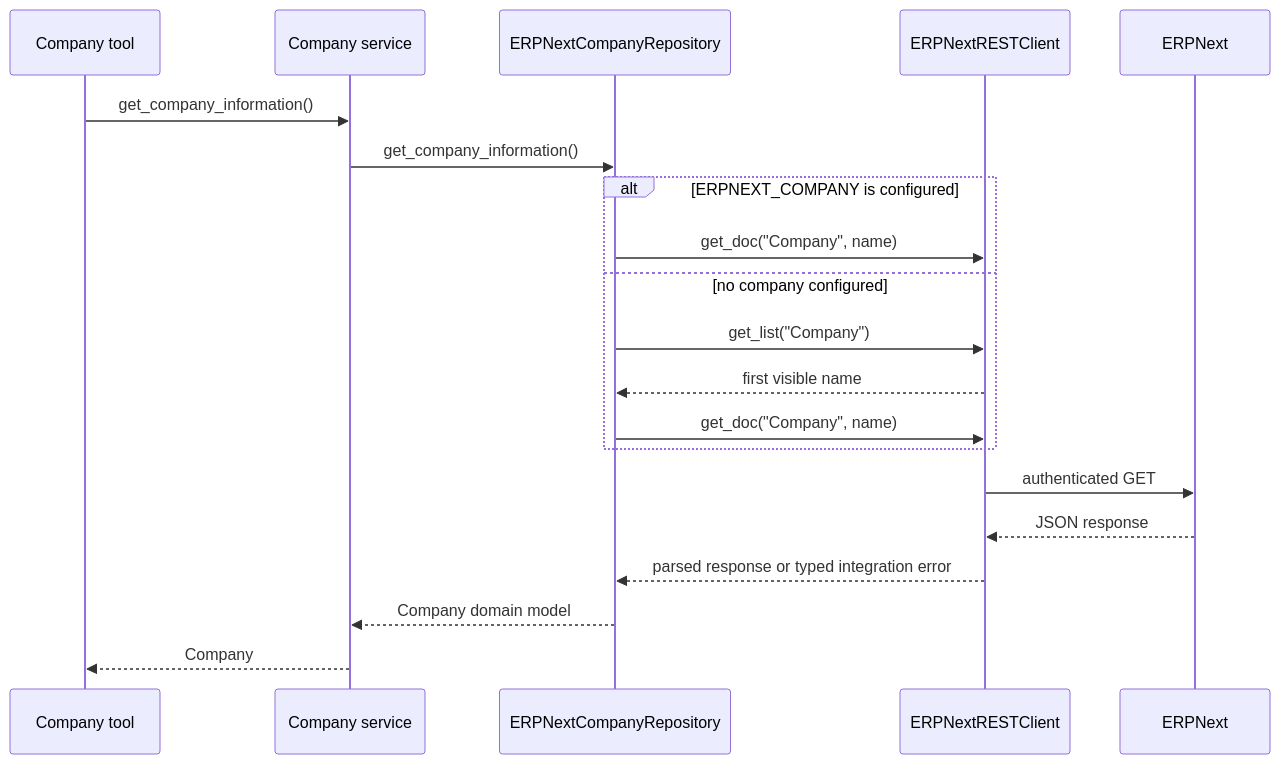
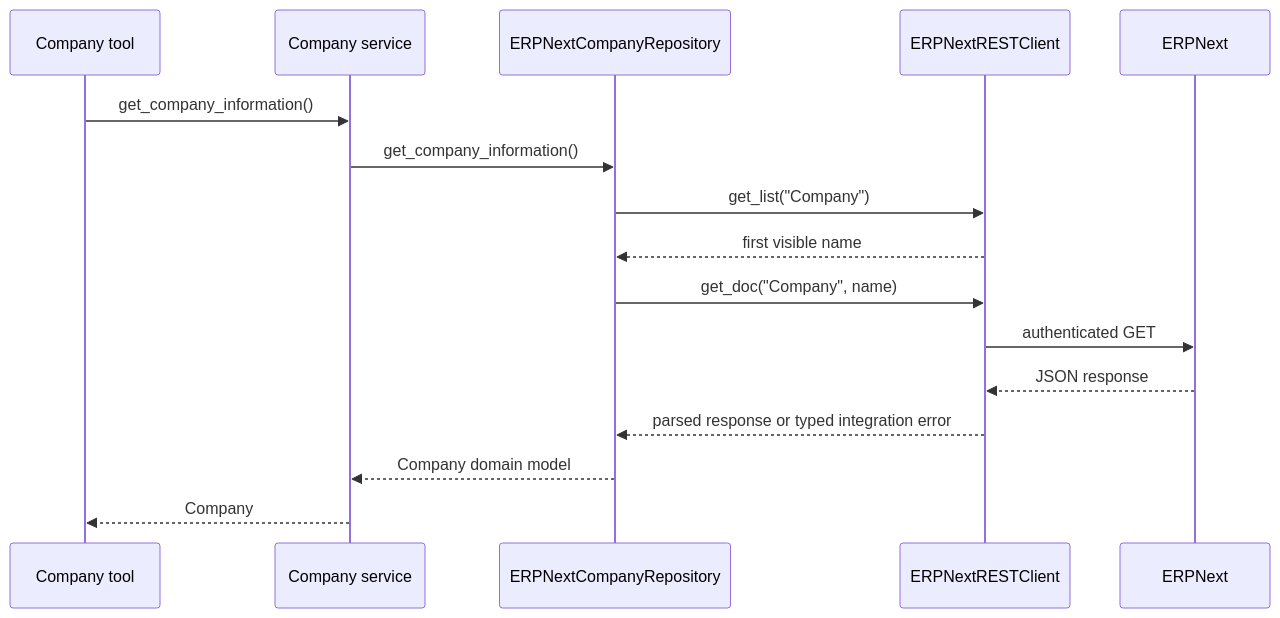
One commit to dapgit/ERPNextAgent changed the second of 2 diagrams in docs/architecture/overview.md. Above: the diagram before and after it, drawn with Mermaid. The commit also changed other lines of this file and 24 other files, not shown here.

````diff
--- a/docs/architecture/overview.md
+++ b/docs/architecture/overview.md
@@ -43,22 +42,18 @@
 ```mermaid
 sequenceDiagram
   participant T as Company tool
   participant S as Company service
   participant R as ERPNextCompanyRepository
   participant C as ERPNextRESTClient
   participant E as ERPNext
   T->>S: get_company_information()
   S->>R: get_company_information()
-  alt ERPNEXT_COMPANY is configured
-    R->>C: get_doc("Company", name)
-  else no company configured
-    R->>C: get_list("Company")
-    C-->>R: first visible name
-    R->>C: get_doc("Company", name)
-  end
+  R->>C: get_list("Company")
+  C-->>R: first visible name
+  R->>C: get_doc("Company", name)
   C->>E: authenticated GET
   E-->>C: JSON response
   C-->>R: parsed response or typed integration error
   R-->>S: Company domain model
   S-->>T: Company
 ```
````
